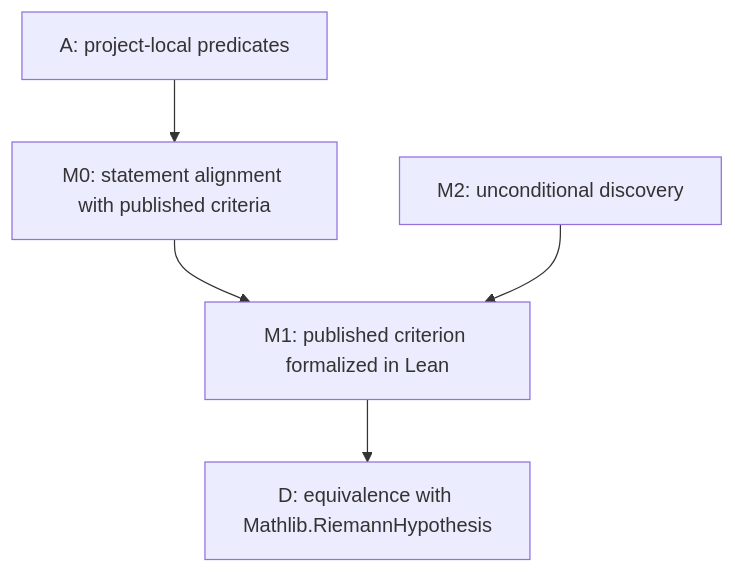
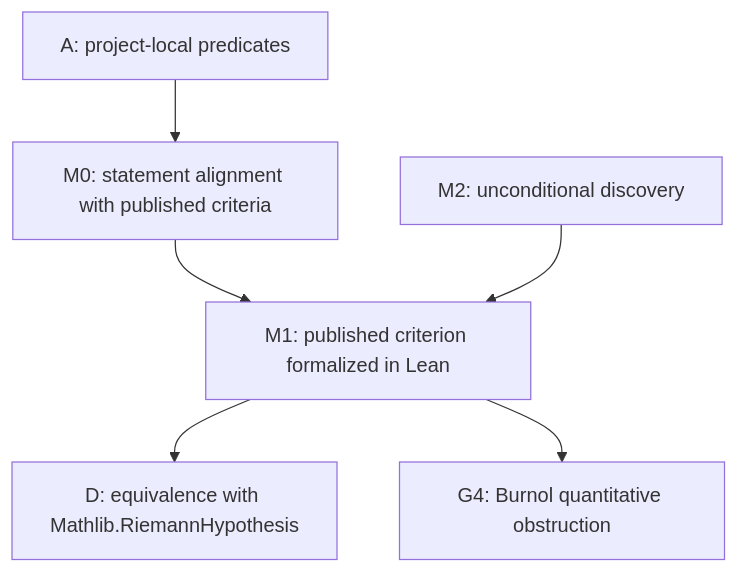
Before and after one commit to Ryugu-07/lean-lab-rh: the diagram in research/hard_gap_dag.md, drawn with Mermaid. The commit also changed other lines of this file and 8 other files, not shown here.

````diff
--- a/research/hard_gap_dag.md
+++ b/research/hard_gap_dag.md
@@ -12,7 +12,8 @@
 ```mermaid
 flowchart TD
     A["A: project-local predicates"] --> M0["M0: statement alignment with published criteria"]
     M0 --> M1["M1: published criterion formalized in Lean"]
     M1 --> D["D: equivalence with Mathlib.RiemannHypothesis"]
     E["M2: unconditional discovery"] --> M1
+    M1 --> G4["G4: Burnol quantitative obstruction"]
 ```
````
